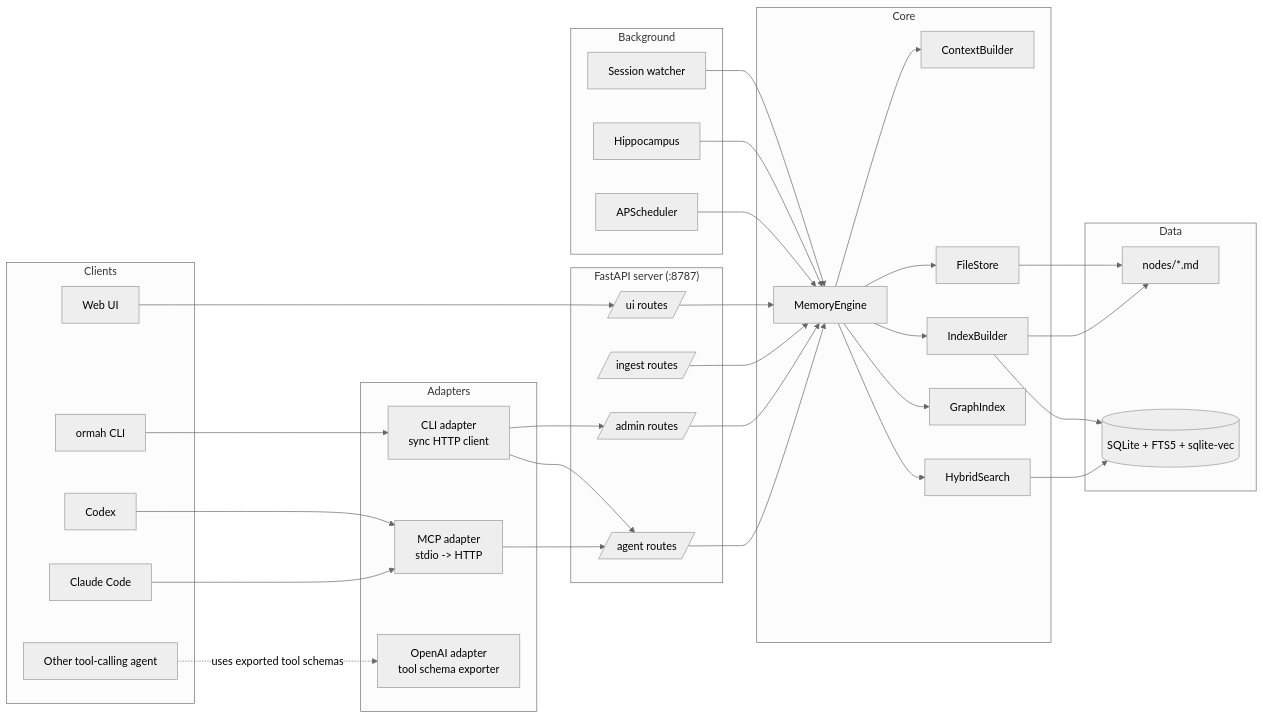
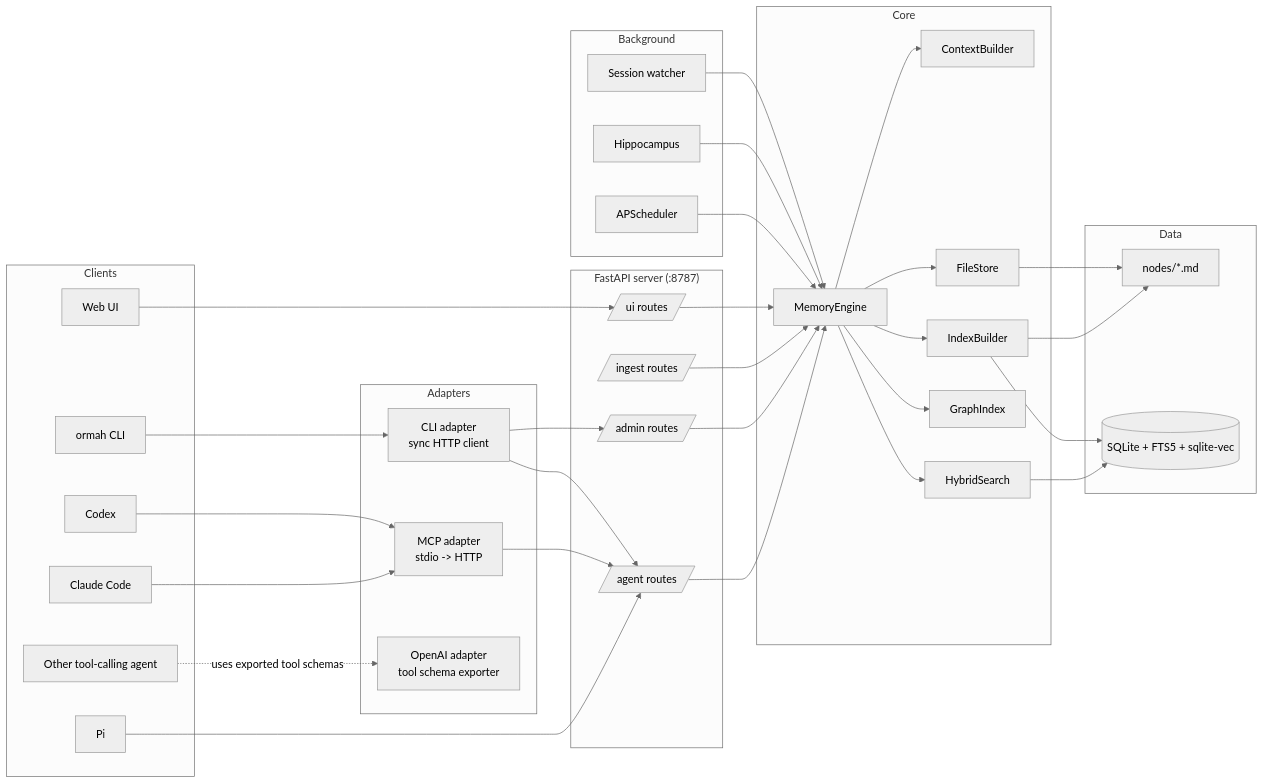
One commit to AndreLFSMartins/ormah changed the diagram in docs/00 - Ormah Overview.md. Above: the diagram before and after it, drawn with Mermaid (neutral theme). The commit also changed other lines of this file and 16 other files, not shown here.

````diff
--- a/docs/00 - Ormah Overview.md
+++ b/docs/00 - Ormah Overview.md
@@ -11,73 +17,75 @@
 ```mermaid
 flowchart LR
     subgraph Clients
         CLAUDE[Claude Code]
         CODEX[Codex]
+        PI[Pi]
         CLI[ormah CLI]
         WEB[Web UI]
         OTHER[Other tool-calling agent]
     end
 
     subgraph Adapters
         MCP[MCP adapter<br/>stdio -> HTTP]
         CLIA[CLI adapter<br/>sync HTTP client]
         OAIA[OpenAI adapter<br/>tool schema exporter]
     end
 
     subgraph Server["FastAPI server (:8787)"]
         AGENT[/agent routes/]
         ADMIN[/admin routes/]
         INGEST[/ingest routes/]
         UI[/ui routes/]
     end
 
     subgraph Core
         ENGINE[MemoryEngine]
         CONTEXT[ContextBuilder]
         SEARCH[HybridSearch]
         BUILDER[IndexBuilder]
         GRAPH[GraphIndex]
         STORE[FileStore]
     end
 
     subgraph Data
         MD[nodes/*.md]
         SQLITE[(SQLite + FTS5 + sqlite-vec)]
     end
 
     subgraph Background
         SCHED[APScheduler]
         HIPPO[Hippocampus]
         SESS[Session watcher]
     end
 
     CLAUDE --> MCP
     CODEX --> MCP
+    PI --> AGENT
     CLI --> CLIA
     WEB --> UI
     OTHER -. uses exported tool schemas .-> OAIA
 
     MCP --> AGENT
     CLIA --> AGENT
     CLIA --> ADMIN
 
     AGENT --> ENGINE
     ADMIN --> ENGINE
     INGEST --> ENGINE
     UI --> ENGINE
 
     ENGINE --> CONTEXT
     ENGINE --> SEARCH
     ENGINE --> BUILDER
     ENGINE --> GRAPH
     ENGINE --> STORE
 
     SEARCH --> SQLITE
     BUILDER --> SQLITE
     BUILDER --> MD
     STORE --> MD
 
     SCHED --> ENGINE
     HIPPO --> ENGINE
     SESS --> ENGINE
 ```
````
